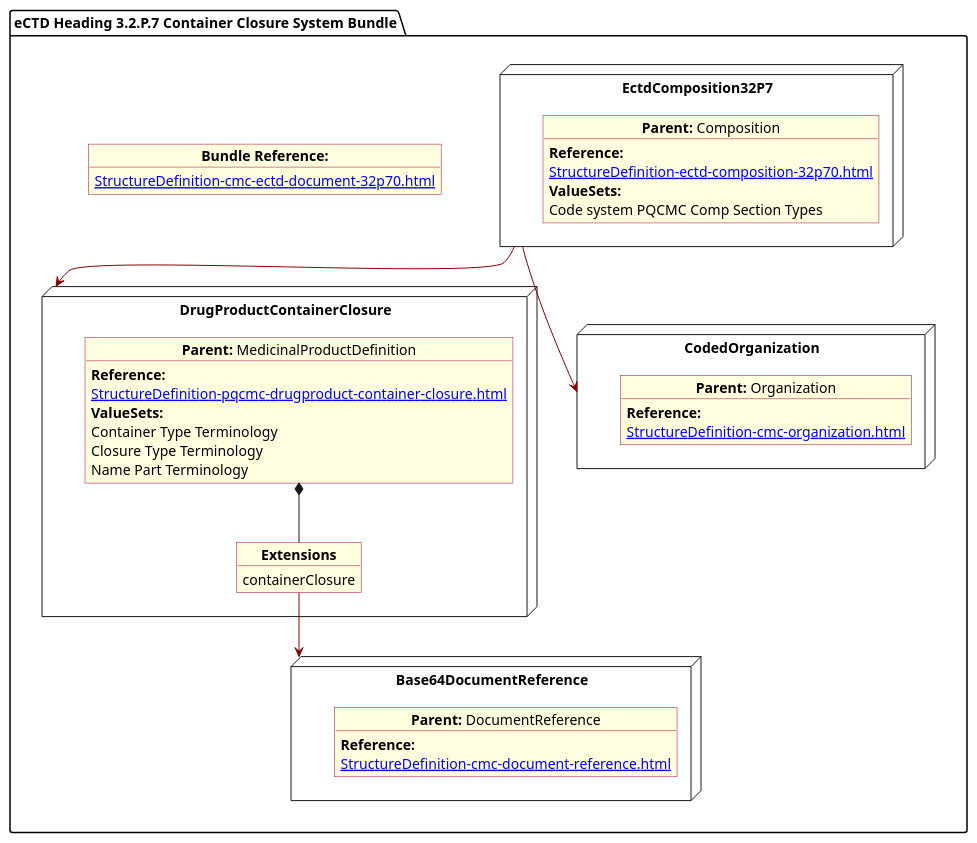
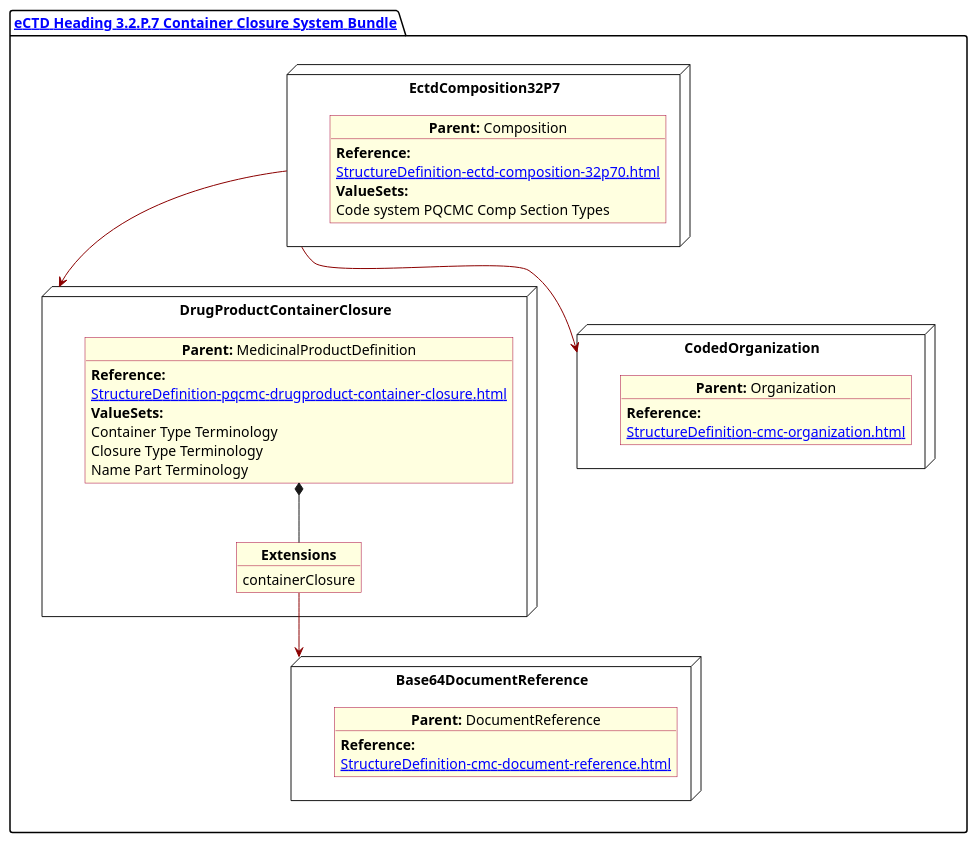
One commit to HL7/FHIR-us-pq-cmc-fda changed the diagram in input/images-source/ContainerClosure.plantuml. Above: the diagram before and after it, drawn with PlantUML. The commit also changed 11 other files, not shown here.

Commit message:
plantUML package has hyperlink to bundle

```diff
--- a/input/images-source/ContainerClosure.plantuml
+++ b/input/images-source/ContainerClosure.plantuml
@@ -1,62 +1,59 @@
 @startuml ContainerClosure
 allowmixing
 'Mixed model of use case and object
 skinparam svgDimensionStyle false
 skinparam ObjectBackgroundColor LightYellow
 skinparam ObjectBorderColor #A80036
 skinparam activityDiamondBorderColor #A80036
 skinparam activityDiamondBackgroundColor lawnGreen
 skinparam ClassBorderThickness 4
 
-package "eCTD Heading 3.2.P.7 Container Closure System Bundle" as NODES {
-    object "**Bundle Reference:**" as objbun {
-        [[StructureDefinition-cmc-ectd-document-32p70.html]]
-    }
+package "[[StructureDefinition-cmc-ectd-document-32p70.html eCTD Heading 3.2.P.7 Container Closure System Bundle]]" as NODES {
 
     node "EctdComposition32P7" as N1 {
 
         object "**Parent:** Composition" as obj1 {
             **Reference:**
             [[StructureDefinition-ectd-composition-32p70.html]]
             **ValueSets:**
             Code system PQCMC Comp Section Types
         }
 
     }
     node "DrugProductContainerClosure" as N21 {
 
         object "**Parent:** MedicinalProductDefinition" as obj22 {
             **Reference:**
             [[StructureDefinition-pqcmc-drugproduct-container-closure.html]]
             **ValueSets:**
             Container Type Terminology
             Closure Type Terminology
             Name Part Terminology
         }
         object "**Extensions**" as objEx {
             containerClosure
         }
         obj22 *-- objEx
     }
     node "Base64DocumentReference" as NB64 {
 
         object "**Parent:** DocumentReference" as obj64 {
 
             **Reference:**
             [[StructureDefinition-cmc-document-reference.html]]
         }
 
     }
     node "CodedOrganization" as NSO {
 
         object "**Parent:** Organization" as objAu {
             **Reference:**
             [[StructureDefinition-cmc-organization.html]]
         }
     }
 }
 
 N1 -[#darkred]-> N21
 N1 -[#darkred]-> NSO
 objEx -[#darkred]-> NB64
 @enduml
```
